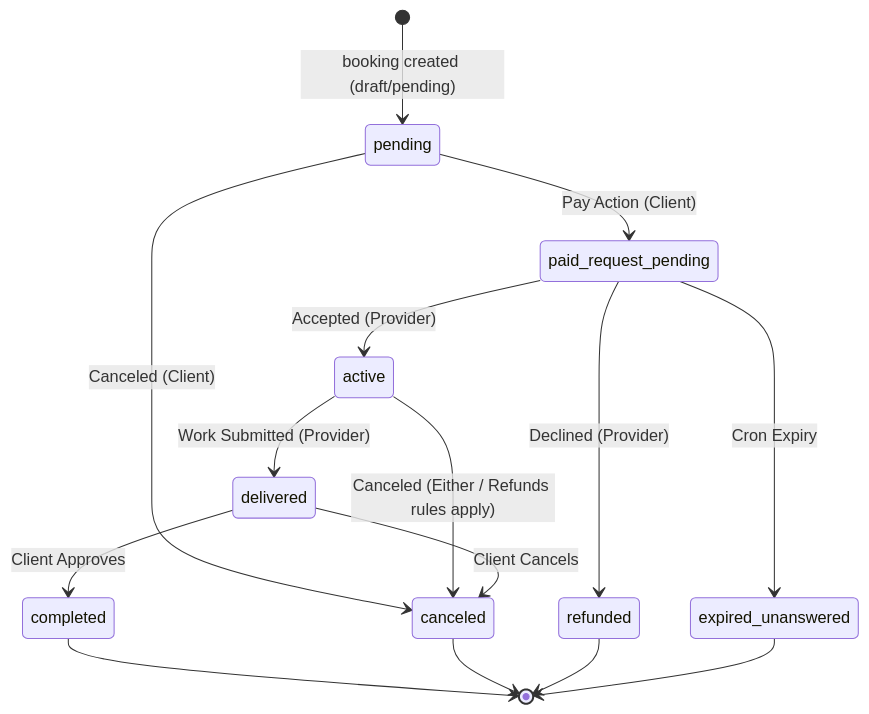
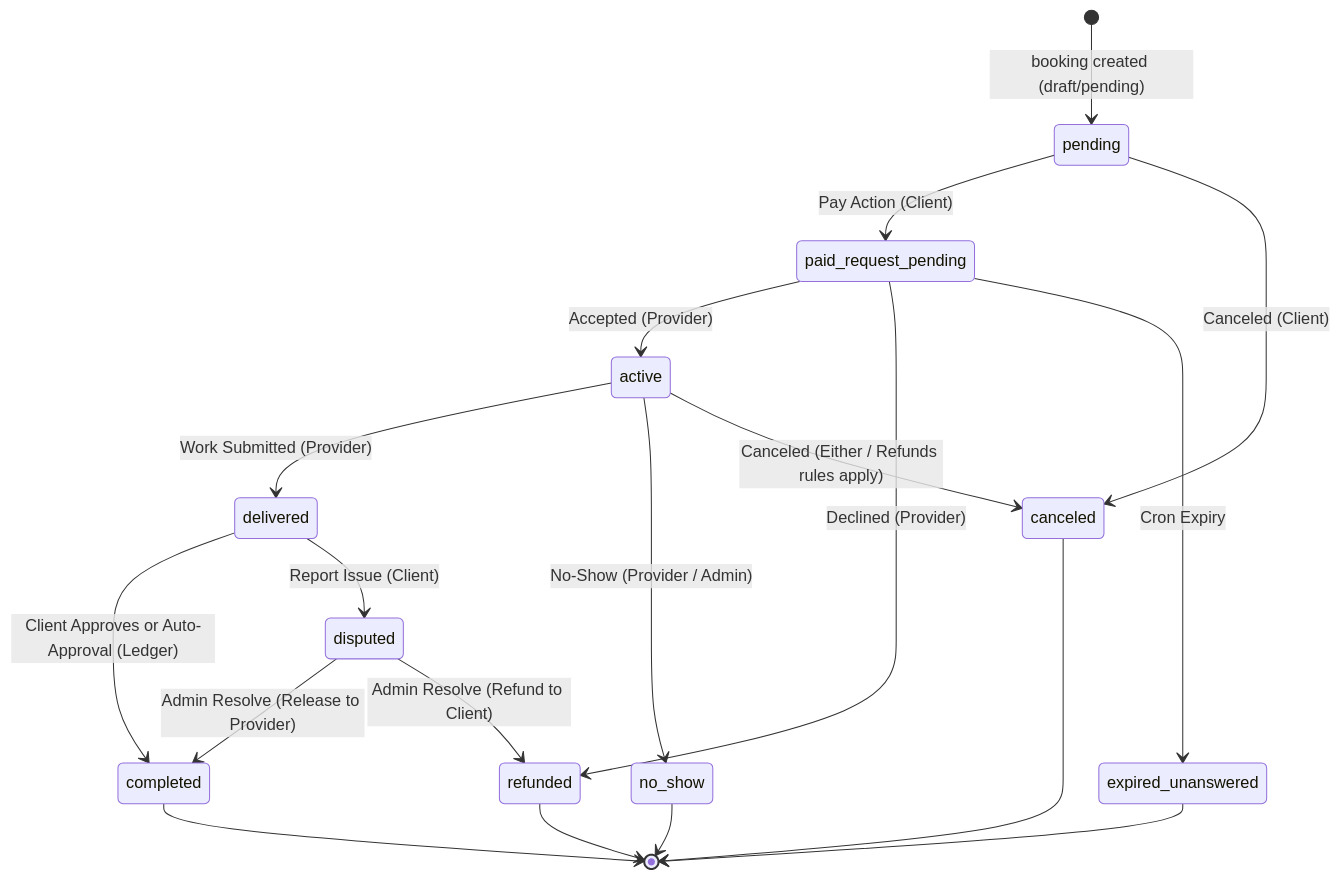
One commit to faroqomar/SlineProject changed the first of 2 diagrams in Sline_everything/AppDigram/All_Diagrams/05_booking-lifecycle.md. Above: the diagram before and after it, drawn with Mermaid. The commit also changed other lines of this file and 202 other files, not shown here.

Commit message:
chore(cleanup): Remove obsolete documentation and reports related to booking lifecycle, including holistic reports, notes, gaps and fixes, risk registers, and final diagrams, to streamline project organization and focus on current development efforts.

````diff
--- a/Sline_everything/AppDigram/All_Diagrams/05_booking-lifecycle.md
+++ b/Sline_everything/AppDigram/All_Diagrams/05_booking-lifecycle.md
@@ -34,22 +22,27 @@
 ```mermaid
 stateDiagram-v2
     [*] --> pending: booking created (draft/pending)
 
     pending --> paid_request_pending: Pay Action (Client)
     pending --> canceled: Canceled (Client)
 
     paid_request_pending --> active: Accepted (Provider)
     paid_request_pending --> refunded: Declined (Provider)
     paid_request_pending --> expired_unanswered: Cron Expiry
 
     active --> delivered: Work Submitted (Provider)
+    active --> no_show: No-Show (Provider / Admin)
     active --> canceled: Canceled (Either / Refunds rules apply)
 
-    delivered --> completed: Client Approves
-    delivered --> canceled: Client Cancels
+    delivered --> completed: Client Approves or Auto-Approval (Ledger)
+    delivered --> disputed: Report Issue (Client)
+
+    disputed --> completed: Admin Resolve (Release to Provider)
+    disputed --> refunded: Admin Resolve (Refund to Client)
 
     completed --> [*]
     canceled --> [*]
     refunded --> [*]
     expired_unanswered --> [*]
+    no_show --> [*]
 ```
````
